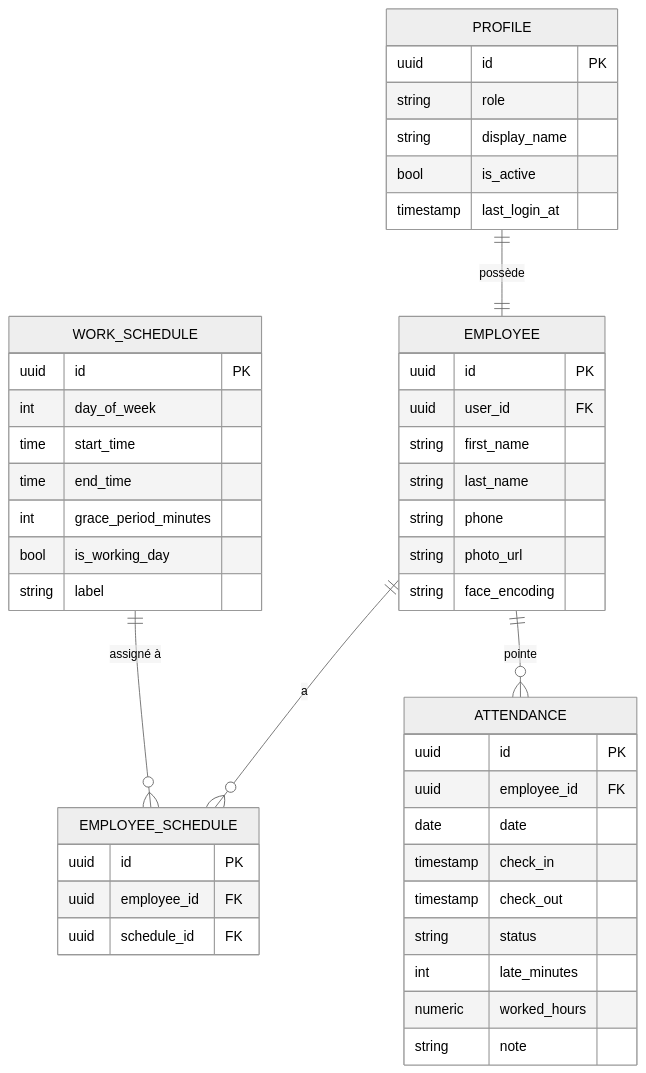
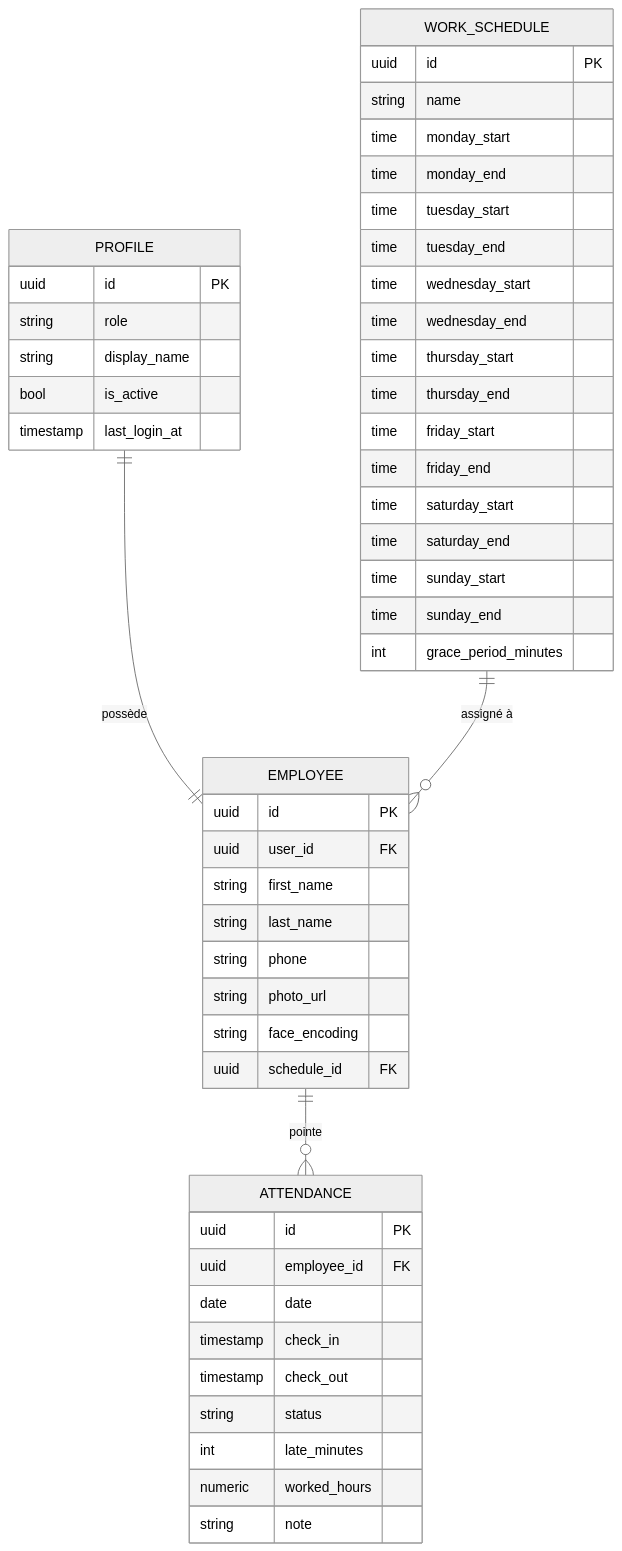
Before and after one commit to Abdurrahmane06/face-attendance-system: the second of 2 diagrams in data_base/structure-bd.md, drawn with Mermaid (neutral theme). The commit also changed other lines of this file and 3 other files, not shown here.

````diff
--- a/data_base/structure-bd.md
+++ b/data_base/structure-bd.md
@@ -213,53 +208,57 @@
 ```mermaid
 erDiagram
     PROFILE ||--|| EMPLOYEE : "possède"
-    EMPLOYEE ||--o{ EMPLOYEE_SCHEDULE : "a"
-    WORK_SCHEDULE ||--o{ EMPLOYEE_SCHEDULE : "assigné à"
+    WORK_SCHEDULE ||--o{ EMPLOYEE : "assigné à"
     EMPLOYEE ||--o{ ATTENDANCE : "pointe"
 
     PROFILE {
         uuid id PK
         string role
         string display_name
         bool is_active
         timestamp last_login_at
     }
 
     EMPLOYEE {
         uuid id PK
         uuid user_id FK
         string first_name
         string last_name
         string phone
         string photo_url
         string face_encoding
+        uuid schedule_id FK
     }
 
     WORK_SCHEDULE {
         uuid id PK
-        int day_of_week
-        time start_time
-        time end_time
+        string name
+        time monday_start
+        time monday_end
+        time tuesday_start
+        time tuesday_end
+        time wednesday_start
+        time wednesday_end
+        time thursday_start
+        time thursday_end
+        time friday_start
+        time friday_end
+        time saturday_start
+        time saturday_end
+        time sunday_start
+        time sunday_end
         int grace_period_minutes
-        bool is_working_day
-        string label
-    }
-
-    EMPLOYEE_SCHEDULE {
-        uuid id PK
-        uuid employee_id FK
-        uuid schedule_id FK
     }
 
     ATTENDANCE {
         uuid id PK
         uuid employee_id FK
         date date
         timestamp check_in
         timestamp check_out
         string status
         int late_minutes
         numeric worked_hours
         string note
     }
 ```
````
